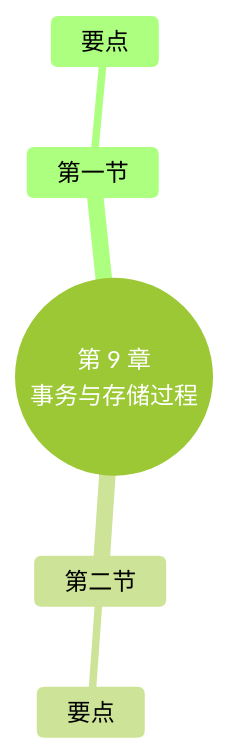
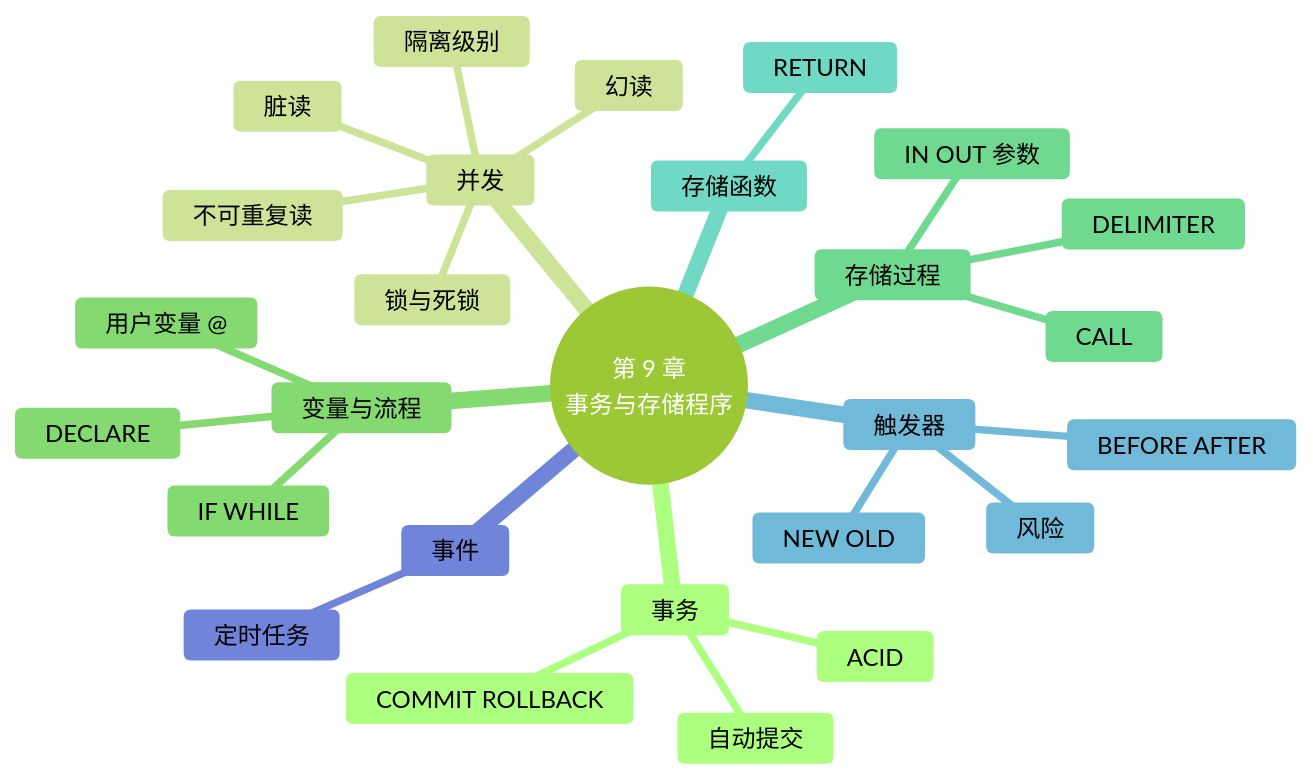
Before and after one commit to MingziFu9/database-textbook: the diagram in docs/chapters/09-transaction/index.md, drawn with Mermaid (forest theme). The commit also changed other lines of this file and 7 other files, not shown here.

````diff
--- a/docs/chapters/09-transaction/index.md
+++ b/docs/chapters/09-transaction/index.md
@@ -185,8 +773,30 @@
 ```mermaid
 mindmap
-  root((第 9 章<br/>事务与存储过程))
-    第一节
-      要点
-    第二节
-      要点
+  root((第 9 章<br/>事务与存储程序))
+    事务
+      COMMIT ROLLBACK
+      自动提交
+      ACID
+    并发
+      脏读
+      不可重复读
+      幻读
+      隔离级别
+      锁与死锁
+    变量与流程
+      用户变量 @
+      DECLARE
+      IF WHILE
+    存储过程
+      IN OUT 参数
+      CALL
+      DELIMITER
+    存储函数
+      RETURN
+    触发器
+      BEFORE AFTER
+      NEW OLD
+      风险
+    事件
+      定时任务
 ```
````
